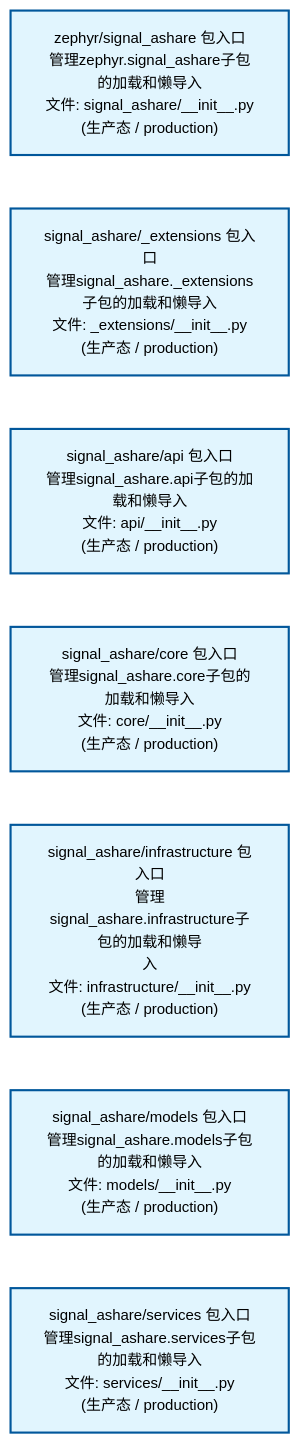
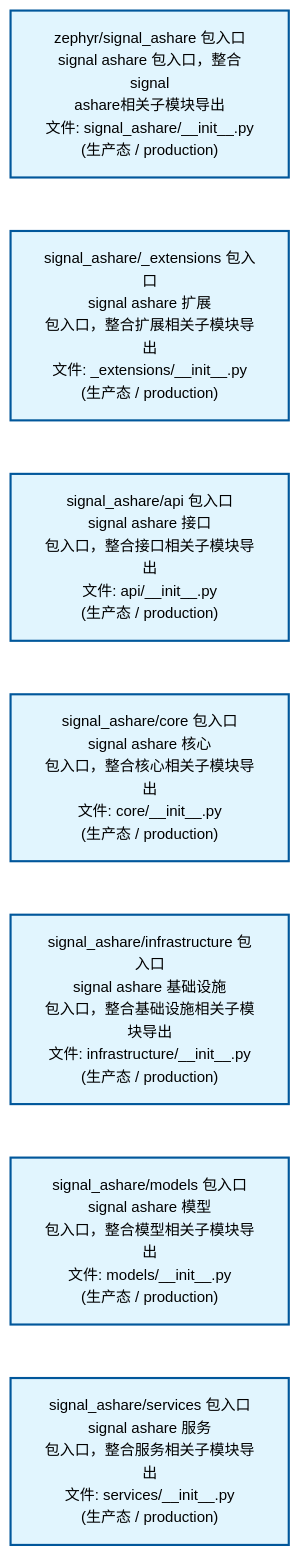
The second of 4 diagrams in docs/02_enterprise_architecture/02_domain_architecture_docs/32_d_ashare_signal.md (xuanFelixVan/ZephyrAlpha), drawn with Mermaid before and after one commit. The commit also changed other lines of this file and 50 other files, not shown here.

````diff
--- a/docs/02_enterprise_architecture/02_domain_architecture_docs/32_d_ashare_signal.md
+++ b/docs/02_enterprise_architecture/02_domain_architecture_docs/32_d_ashare_signal.md
@@ -107,22 +107,22 @@
 ```mermaid
 %%{init: {'theme': 'base', 'themeVariables': {'primaryColor': '#eaeaea', 'primaryTextColor': '#333333', 'primaryBorderColor': '#666666', 'lineColor': '#666666', 'secondaryColor': '#eaeaea', 'tertiaryColor': '#eaeaea', 'fontSize': '14px'}}}%%
 flowchart TD
-    src_zephyr_signal_ashare_init_py["zephyr/signal_ashare 包入口<br/>管理zephyr.signal_ashare子包的加载和懒导入<br/>文件: signal_ashare/__init__.py<br/>(生产态 / production)"]
-    src_zephyr_signal_ashare_extensions_init_py["signal_ashare/_extensions 包入口<br/>管理signal_ashare._extensions子包的加载和懒导入<br/>文件: _extensions/__init__.py<br/>(生产态 / production)"]
-    src_zephyr_signal_ashare_api_init_py["signal_ashare/api 包入口<br/>管理signal_ashare.api子包的加载和懒导入<br/>文件: api/__init__.py<br/>(生产态 / production)"]
-    src_zephyr_signal_ashare_core_init_py["signal_ashare/core 包入口<br/>管理signal_ashare.core子包的加载和懒导入<br/>文件: core/__init__.py<br/>(生产态 / production)"]
-    src_zephyr_signal_ashare_infrastructure_init_py["signal_ashare/infrastructure 包入口<br/>管理signal_ashare.infrastructure子包的加载和懒导<br/>入<br/>文件: infrastructure/__init__.py<br/>(生产态 / production)"]
-    src_zephyr_signal_ashare_models_init_py["signal_ashare/models 包入口<br/>管理signal_ashare.models子包的加载和懒导入<br/>文件: models/__init__.py<br/>(生产态 / production)"]
-    src_zephyr_signal_ashare_services_init_py["signal_ashare/services 包入口<br/>管理signal_ashare.services子包的加载和懒导入<br/>文件: services/__init__.py<br/>(生产态 / production)"]
+    src_zephyr_signal_ashare_init_py["zephyr/signal_ashare 包入口<br/>signal ashare 包入口，整合signal<br/>ashare相关子模块导出<br/>文件: signal_ashare/__init__.py<br/>(生产态 / production)"]
+    src_zephyr_signal_ashare_extensions_init_py["signal_ashare/_extensions 包入口<br/>signal ashare 扩展<br/>包入口，整合扩展相关子模块导出<br/>文件: _extensions/__init__.py<br/>(生产态 / production)"]
+    src_zephyr_signal_ashare_api_init_py["signal_ashare/api 包入口<br/>signal ashare 接口<br/>包入口，整合接口相关子模块导出<br/>文件: api/__init__.py<br/>(生产态 / production)"]
+    src_zephyr_signal_ashare_core_init_py["signal_ashare/core 包入口<br/>signal ashare 核心<br/>包入口，整合核心相关子模块导出<br/>文件: core/__init__.py<br/>(生产态 / production)"]
+    src_zephyr_signal_ashare_infrastructure_init_py["signal_ashare/infrastructure 包入口<br/>signal ashare 基础设施<br/>包入口，整合基础设施相关子模块导出<br/>文件: infrastructure/__init__.py<br/>(生产态 / production)"]
+    src_zephyr_signal_ashare_models_init_py["signal_ashare/models 包入口<br/>signal ashare 模型<br/>包入口，整合模型相关子模块导出<br/>文件: models/__init__.py<br/>(生产态 / production)"]
+    src_zephyr_signal_ashare_services_init_py["signal_ashare/services 包入口<br/>signal ashare 服务<br/>包入口，整合服务相关子模块导出<br/>文件: services/__init__.py<br/>(生产态 / production)"]
     src_zephyr_signal_ashare_init_py ~~~ src_zephyr_signal_ashare_extensions_init_py
     src_zephyr_signal_ashare_extensions_init_py ~~~ src_zephyr_signal_ashare_api_init_py
     src_zephyr_signal_ashare_api_init_py ~~~ src_zephyr_signal_ashare_core_init_py
     src_zephyr_signal_ashare_core_init_py ~~~ src_zephyr_signal_ashare_infrastructure_init_py
     src_zephyr_signal_ashare_infrastructure_init_py ~~~ src_zephyr_signal_ashare_models_init_py
     src_zephyr_signal_ashare_models_init_py ~~~ src_zephyr_signal_ashare_services_init_py
     classDef production fill:#e1f5fe,stroke:#01579b,stroke-width:2px,color:#000
     classDef design fill:#fff3e0,stroke:#e65100,stroke-width:2px,color:#000,stroke-dasharray: 5 5
     classDef external_prod fill:#e8f4fd,stroke:#0277bd,stroke-width:1px,color:#000
     classDef external_design fill:#fff8e7,stroke:#ef6c00,stroke-width:1px,color:#000,stroke-dasharray: 5 5
     class src_zephyr_signal_ashare_init_py,src_zephyr_signal_ashare_extensions_init_py,src_zephyr_signal_ashare_api_init_py,src_zephyr_signal_ashare_core_init_py,src_zephyr_signal_ashare_infrastructure_init_py,src_zephyr_signal_ashare_models_init_py,src_zephyr_signal_ashare_services_init_py production
 ```
````
